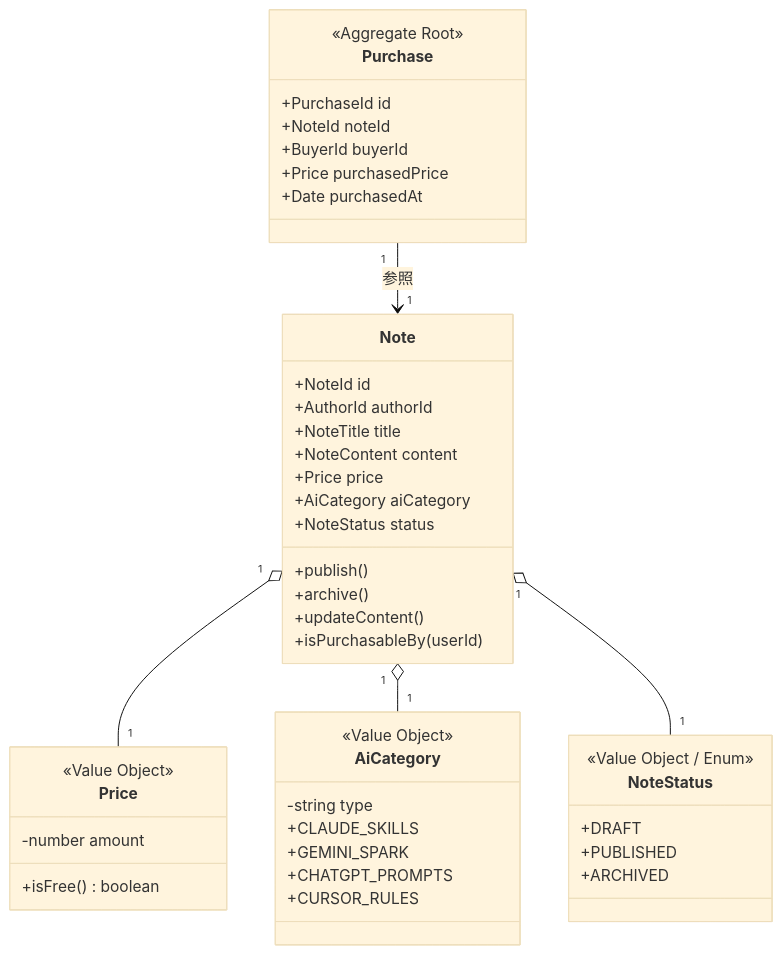
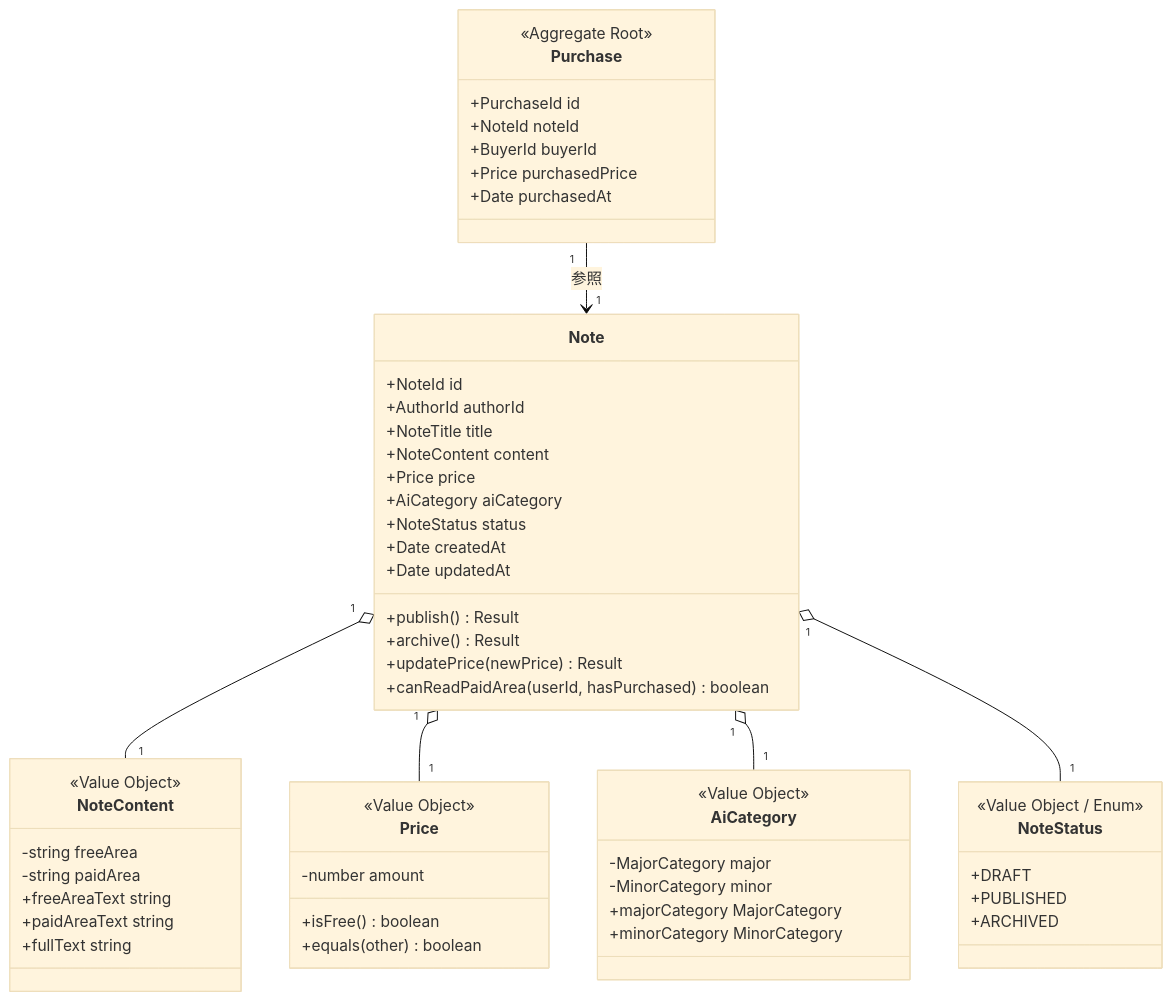
Before and after one commit to aracxk/ai-note-market: the diagram in docs/02-domain-models/overview.md, drawn with Mermaid (base theme). The commit also changed other lines of this file, not shown here.

Commit message:
docs: ドメインモデル定義書（NoteContent, AiCategory, Note集約）の更新

````diff
--- a/docs/02-domain-models/overview.md
+++ b/docs/02-domain-models/overview.md
@@ -9,52 +10,64 @@
 ```mermaid
 classDiagram
     class Note {
         +NoteId id
         +AuthorId authorId
         +NoteTitle title
         +NoteContent content
         +Price price
         +AiCategory aiCategory
         +NoteStatus status
-        +publish()
-        +archive()
-        +updateContent()
-        +isPurchasableBy(userId)
+        +Date createdAt
+        +Date updatedAt
+        +publish() Result
+        +archive() Result
+        +updatePrice(newPrice) Result
+        +canReadPaidArea(userId, hasPurchased) boolean
+    }
+
+    class NoteContent {
+        <<Value Object>>
+        -string freeArea
+        -string paidArea
+        +freeAreaText string
+        +paidAreaText string
+        +fullText string
     }
 
     class Price {
         <<Value Object>>
         -number amount
         +isFree() boolean
+        +equals(other) boolean
     }
 
     class AiCategory {
         <<Value Object>>
-        -string type
-        +CLAUDE_SKILLS
-        +GEMINI_SPARK
-        +CHATGPT_PROMPTS
-        +CURSOR_RULES
+        -MajorCategory major
+        -MinorCategory minor
+        +majorCategory MajorCategory
+        +minorCategory MinorCategory
     }
 
     class NoteStatus {
         <<Value Object / Enum>>
         +DRAFT
         +PUBLISHED
         +ARCHIVED
     }
 
     class Purchase {
         <<Aggregate Root>>
         +PurchaseId id
         +NoteId noteId
         +BuyerId buyerId
         +Price purchasedPrice
         +Date purchasedAt
     }
 
+    Note "1" o-- "1" NoteContent
     Note "1" o-- "1" Price
     Note "1" o-- "1" AiCategory
     Note "1" o-- "1" NoteStatus
     Purchase "1" --> "1" Note : 参照
 ```
````
